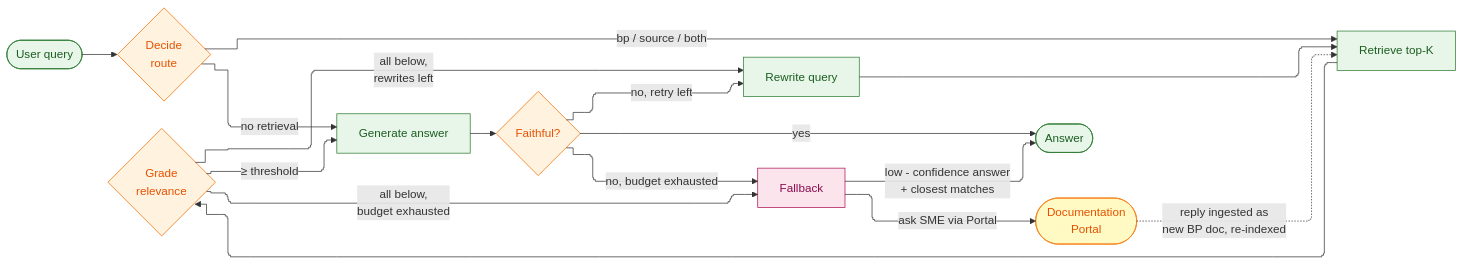
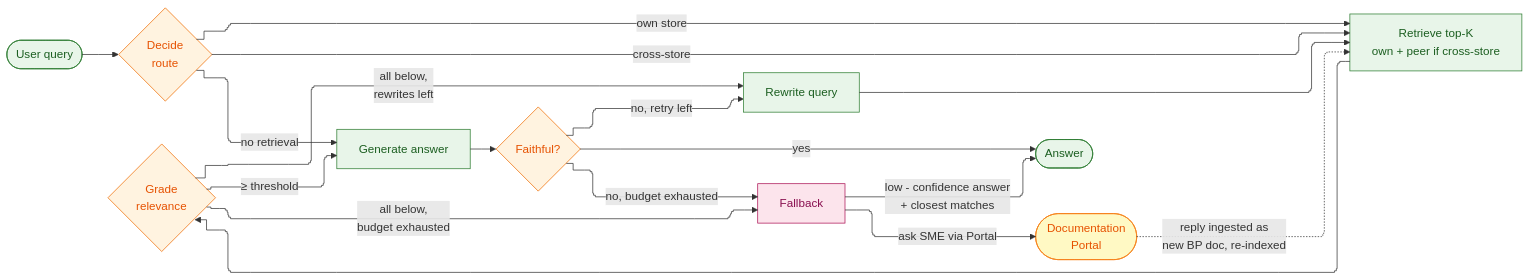
One commit to kikecorona/agentic-ai-capstone-project changed the fourth of 5 diagrams in PROJECT_ARCHITECTURE.md. Above: the diagram before and after it, drawn with Mermaid. The commit also changed other lines of this file and 120 other files, not shown here.

````diff
--- a/PROJECT_ARCHITECTURE.md
+++ b/PROJECT_ARCHITECTURE.md
@@ -535,27 +592,28 @@
 ```mermaid
 %%{init: {'flowchart': {'defaultRenderer': 'elk', 'curve': 'step'}}}%%
 flowchart LR
     Q([User query]) --> D{Decide<br/>route}
     D -->|no retrieval| Gen[Generate answer]
-    D -->|bp / source / both| R[Retrieve top-K]
+    D -->|own store| R[Retrieve top-K<br/>own + peer if cross-store]
+    D -->|cross-store| R
     R --> G{Grade<br/>relevance}
     G -->|≥ threshold| Gen
     G -->|all below,<br/>rewrites left| RW[Rewrite query]
     G -->|all below,<br/>budget exhausted| FB[Fallback]
     RW --> R
     Gen --> CF{Faithful?}
     CF -->|yes| A([Answer])
     CF -->|no, retry left| RW
     CF -->|no, budget exhausted| FB
     FB -->|low - confidence answer<br/>+ closest matches| A
     FB -->|ask SME via Portal| Portal([Documentation<br/>Portal])
     Portal -.->|reply ingested as<br/>new BP doc, re-indexed| R
     classDef node fill: #E8F5E9, stroke: #2E7D32, color: #1B5E20
     classDef decision fill: #FFF3E0, stroke: #EF6C00, color: #E65100
     classDef fallback fill: #FCE4EC, stroke: #AD1457, color: #880E4F
     classDef portal fill: #FFF9C4, stroke: #F57F17, color: #E65100
     class R,RW,Gen node
     class D,G,CF decision
     class FB fallback
     class Portal portal
 ```
````
